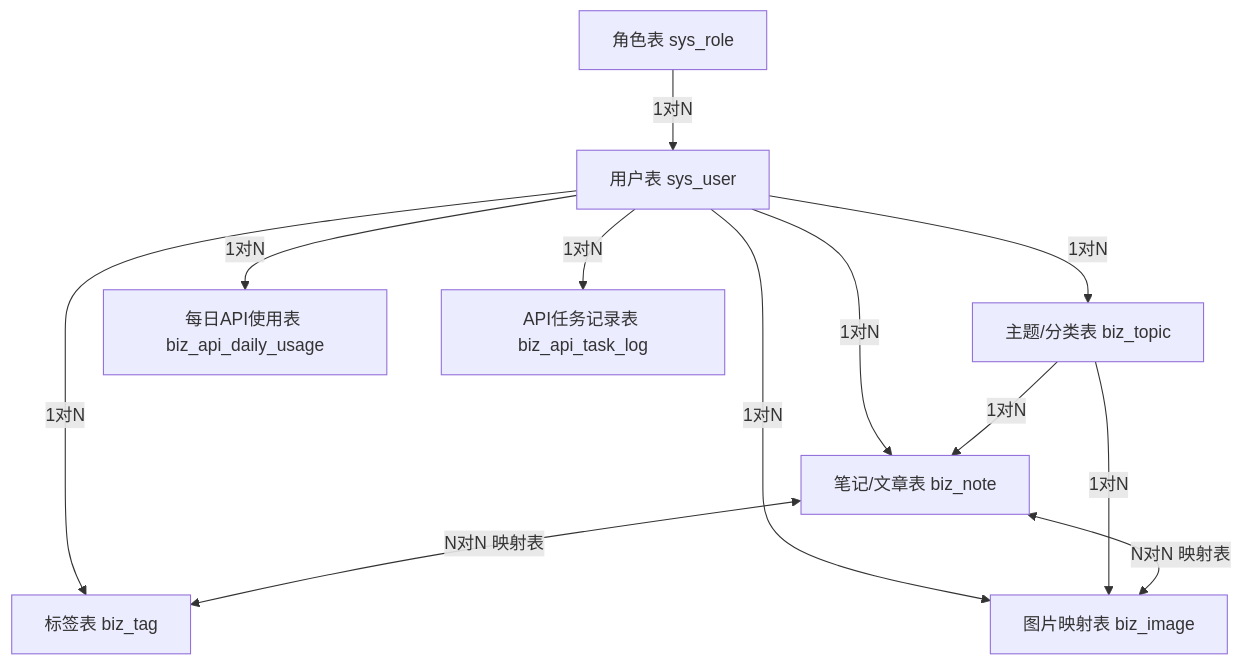
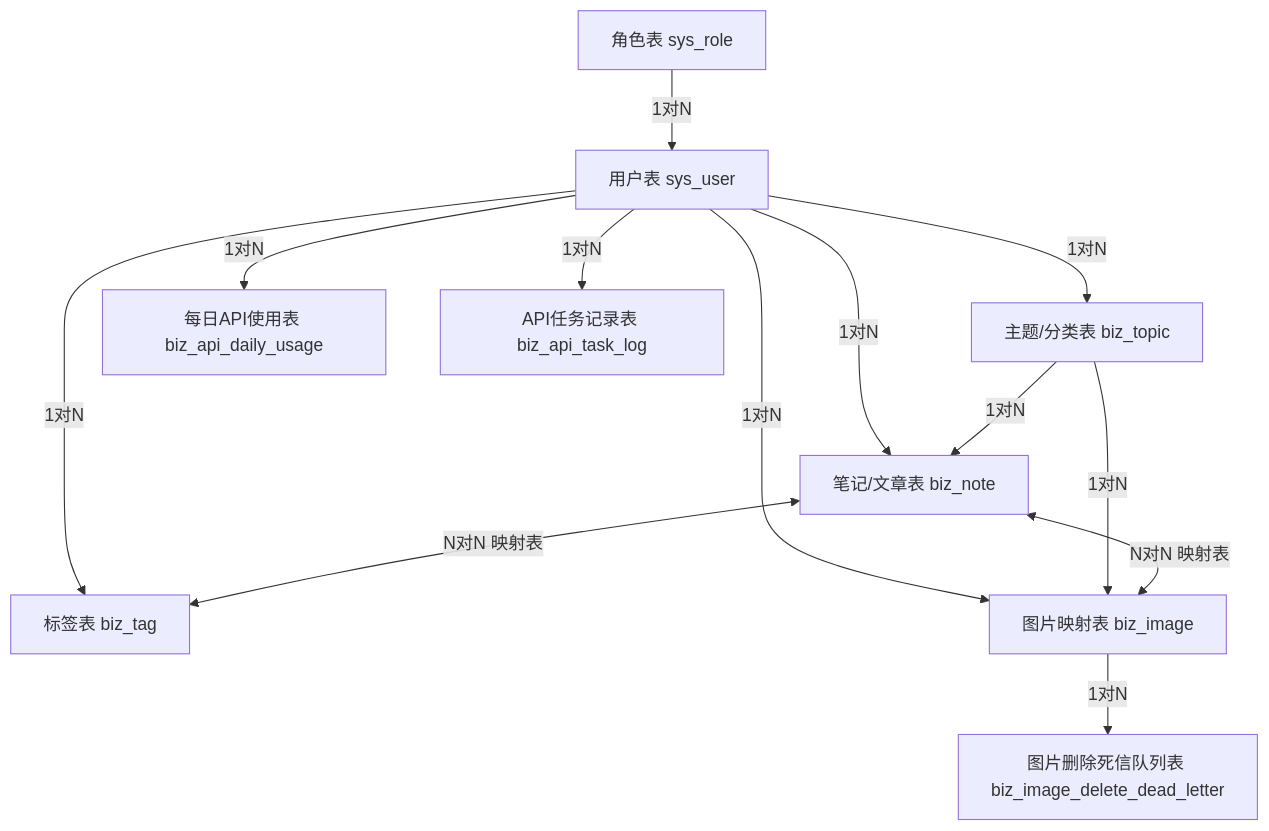
The diagram in init/TableDesign.md (qing-del/middleware), drawn with Mermaid before and after one commit. The commit also changed other lines of this file and 85 other files, not shown here.

````diff
--- a/init/TableDesign.md
+++ b/init/TableDesign.md
@@ -8,14 +8,15 @@
 ```mermaid
 flowchart TD
     A[角色表 sys_role] --> |1对N| B[用户表 sys_user]
     B --> |1对N| C[主题/分类表 biz_topic]
     B --> |1对N| D[标签表 biz_tag]
     B --> |1对N| E[笔记/文章表 biz_note]
     B --> |1对N| F[图片映射表 biz_image]
     C --> |1对N| E
     C --> |1对N| F
     E <--> |N对N 映射表| D
     E <--> |N对N 映射表| F
     B --> |1对N| G[每日API使用表 biz_api_daily_usage]
     B --> |1对N| H[API任务记录表 biz_api_task_log]
+    F --> |1对N| I[图片删除死信队列表 biz_image_delete_dead_letter]
 ```
````
